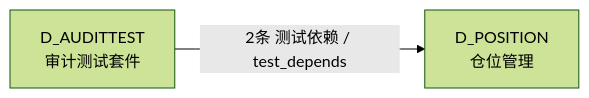
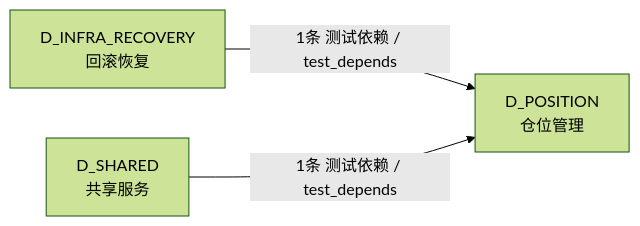
The fourth of 4 diagrams in docs/02_enterprise_architecture/02_domain_architecture_docs/51_d_position.md (xuanFelixVan/ZephyrAlpha), drawn with Mermaid (forest theme) before and after one commit. The commit also changed other lines of this file and 112 other files, not shown here.

````diff
--- a/docs/02_enterprise_architecture/02_domain_architecture_docs/51_d_position.md
+++ b/docs/02_enterprise_architecture/02_domain_architecture_docs/51_d_position.md
@@ -161,6 +163,8 @@
 ```mermaid
 graph LR
     D_POSITION["D_POSITION<br/>仓位管理"]
-    D_AUDITTEST["D_AUDITTEST<br/>审计测试套件"]
-    D_AUDITTEST -->|2条 测试依赖 / test_depends| D_POSITION
+    D_INFRA_RECOVERY["D_INFRA_RECOVERY<br/>回滚恢复"]
+    D_SHARED["D_SHARED<br/>共享服务"]
+    D_INFRA_RECOVERY -->|1条 测试依赖 / test_depends| D_POSITION
+    D_SHARED -->|1条 测试依赖 / test_depends| D_POSITION
 ```
````
